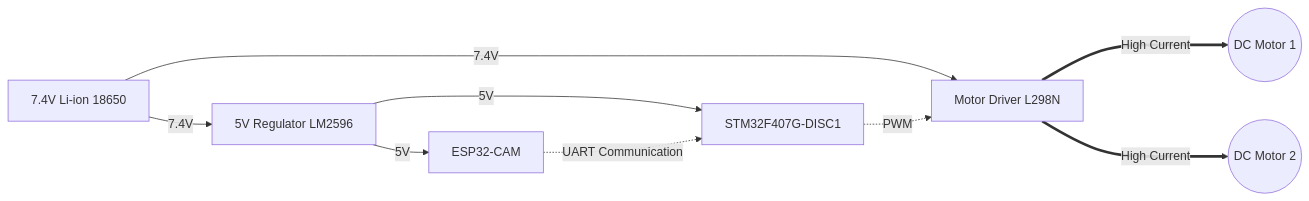
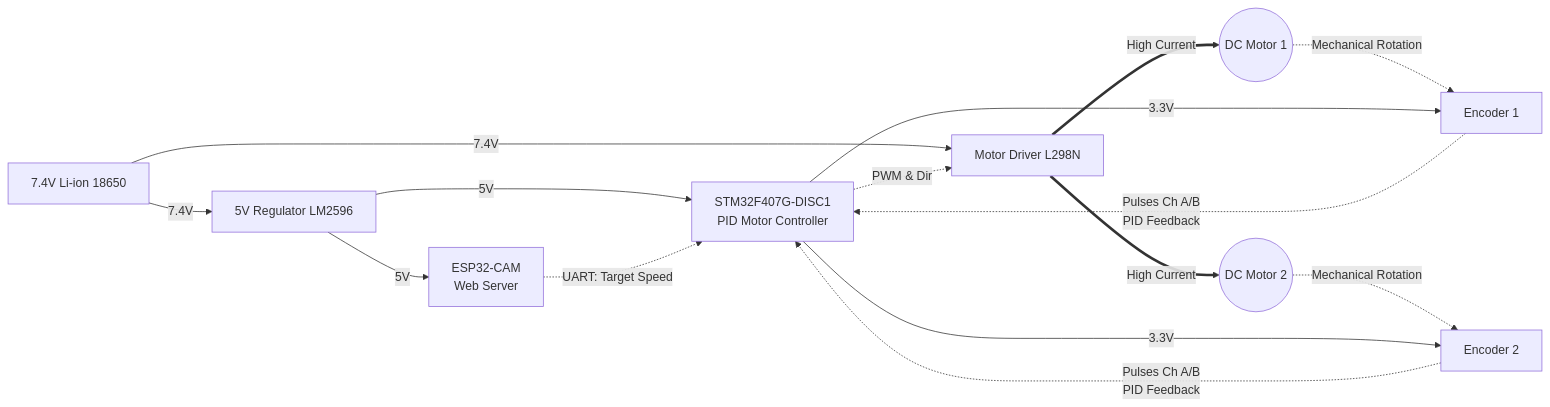
Before and after one commit to paulantofe/D.A.R.T.: the first of 3 diagrams in README.md, drawn with Mermaid.

Commit message:
docs: update architecture diagram in README.md to highlight feedback loop

````diff
--- a/README.md
+++ b/README.md
@@ -33,13 +33,21 @@
 ```mermaid
 flowchart LR
     BAT[7.4V Li-ion 18650]-->|7.4V|BUCK[5V Regulator LM2596]
-    BUCK-->|5V|ESP[ESP32-CAM]
-    BUCK-->|5V|STM[STM32F407G-DISC1]
+    BUCK-->|5V|ESP[ESP32-CAM <br> Web Server]
+    BUCK-->|5V|STM[STM32F407G-DISC1 <br> PID Motor Controller]
     BAT-->|7.4V|DRV[Motor Driver L298N]
 
-    DRV===>|High Current|M1((DC Motor 1))
-    DRV===>|High Current|M2((DC Motor 2))
+    DRV==>|High Current|M1((DC Motor 1))
+    DRV==>|High Current|M2((DC Motor 2))
 
-    ESP-.->|UART Communication|STM
-    STM-.->|PWM|DRV
+    ESP-.->|UART: Target Speed|STM
+    STM-.->|PWM & Dir|DRV
+
+    M1-.->|Mechanical Rotation|E1[Encoder 1]
+    E1-.->|Pulses Ch A/B <br> PID Feedback|STM
+    M2-.->|Mechanical Rotation|E2[Encoder 2]
+    E2-.->|Pulses Ch A/B <br> PID Feedback|STM
+
+    STM-->|3.3V|E1
+    STM-->|3.3V|E2
 ```
````
